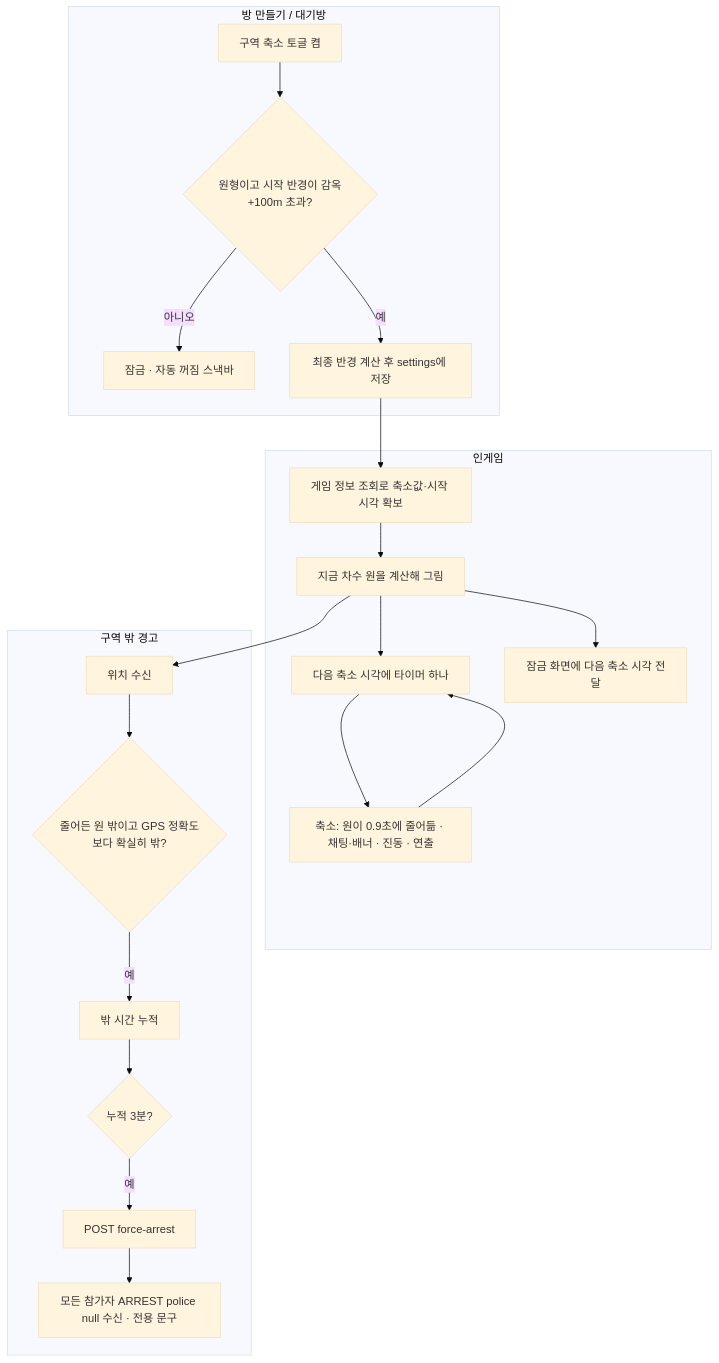
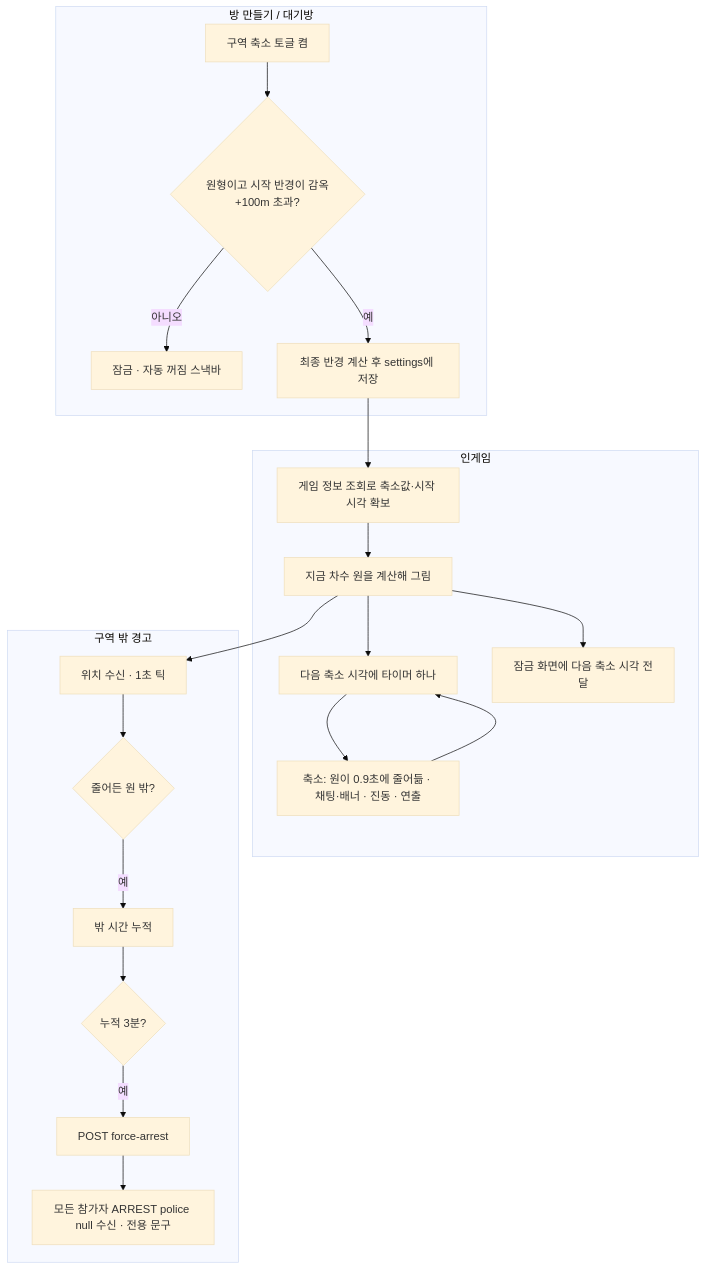
The diagram in docs/projectops/report/20261108_668_구역_축소.md (cops-and-robbers/cops-and-robbers-FE), drawn with Mermaid (base theme) before and after one commit. The commit also changed other lines of this file, not shown here.

````diff
--- a/docs/projectops/report/20261108_668_구역_축소.md
+++ b/docs/projectops/report/20261108_668_구역_축소.md
@@ -12,24 +12,24 @@
 ```mermaid
 flowchart TD
     subgraph SETUP["방 만들기 / 대기방"]
         A1[구역 축소 토글 켬] --> A2{원형이고 시작 반경이 감옥+100m 초과?}
         A2 -- 아니오 --> A3[잠금 · 자동 꺼짐 스낵바]
         A2 -- 예 --> A4[최종 반경 계산 후 settings에 저장]
     end
     subgraph PLAY["인게임"]
         B1[게임 정보 조회로 축소값·시작 시각 확보] --> B2[지금 차수 원을 계산해 그림]
         B2 --> B3[다음 축소 시각에 타이머 하나]
         B3 --> B4[축소: 원이 0.9초에 줄어듦 · 채팅·배너 · 진동 · 연출]
         B4 --> B3
         B2 --> B5[잠금 화면에 다음 축소 시각 전달]
     end
     subgraph WARN["구역 밖 경고"]
-        C1[위치 수신] --> C2{줄어든 원 밖이고 GPS 정확도보다 확실히 밖?}
+        C1[위치 수신 · 1초 틱] --> C2{줄어든 원 밖?}
         C2 -- 예 --> C3[밖 시간 누적]
         C3 --> C4{누적 3분?}
         C4 -- 예 --> C5[POST force-arrest]
         C5 --> C6[모든 참가자 ARREST police null 수신 · 전용 문구]
     end
     A4 --> B1
     B2 --> C1
 ```
````
